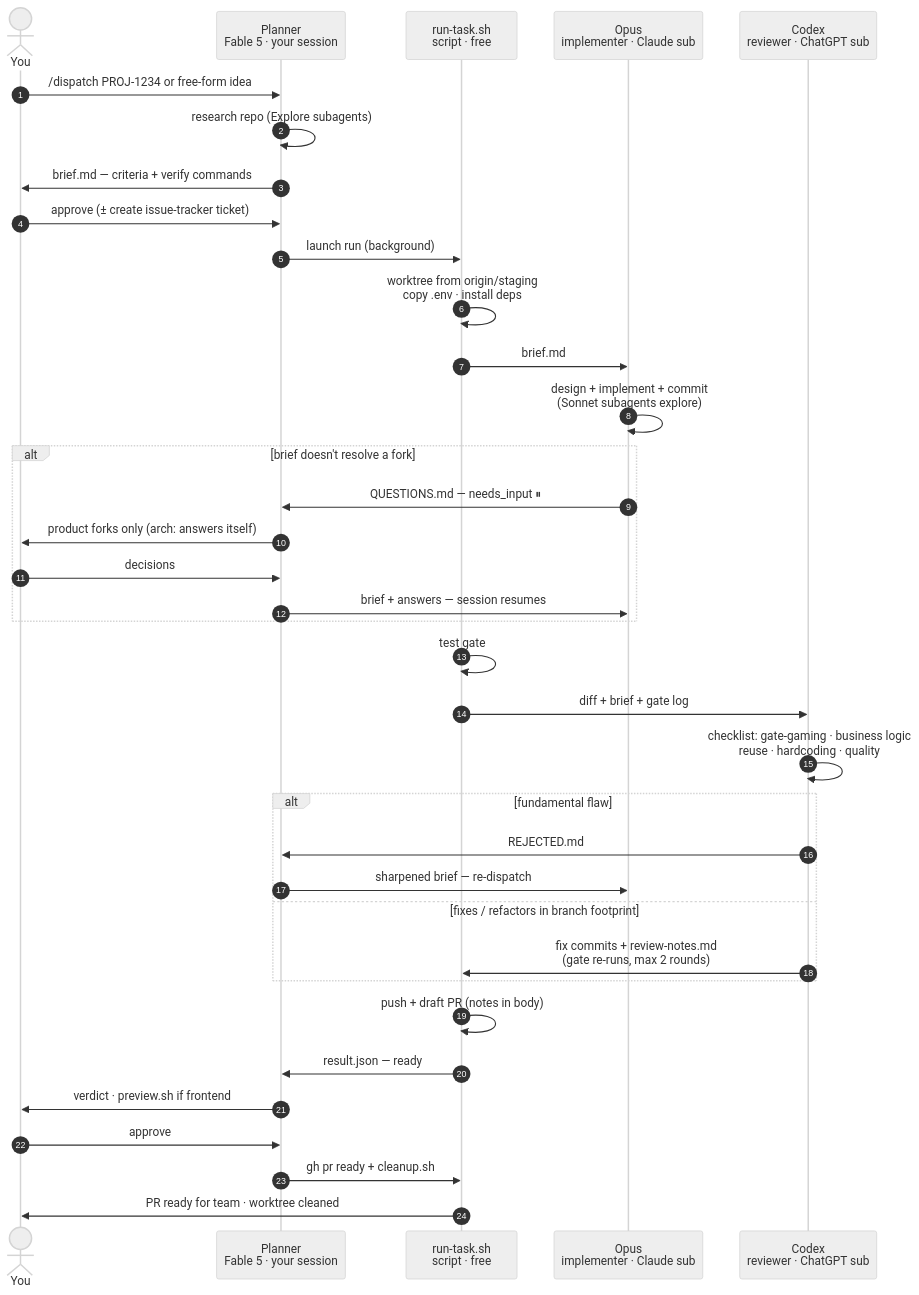
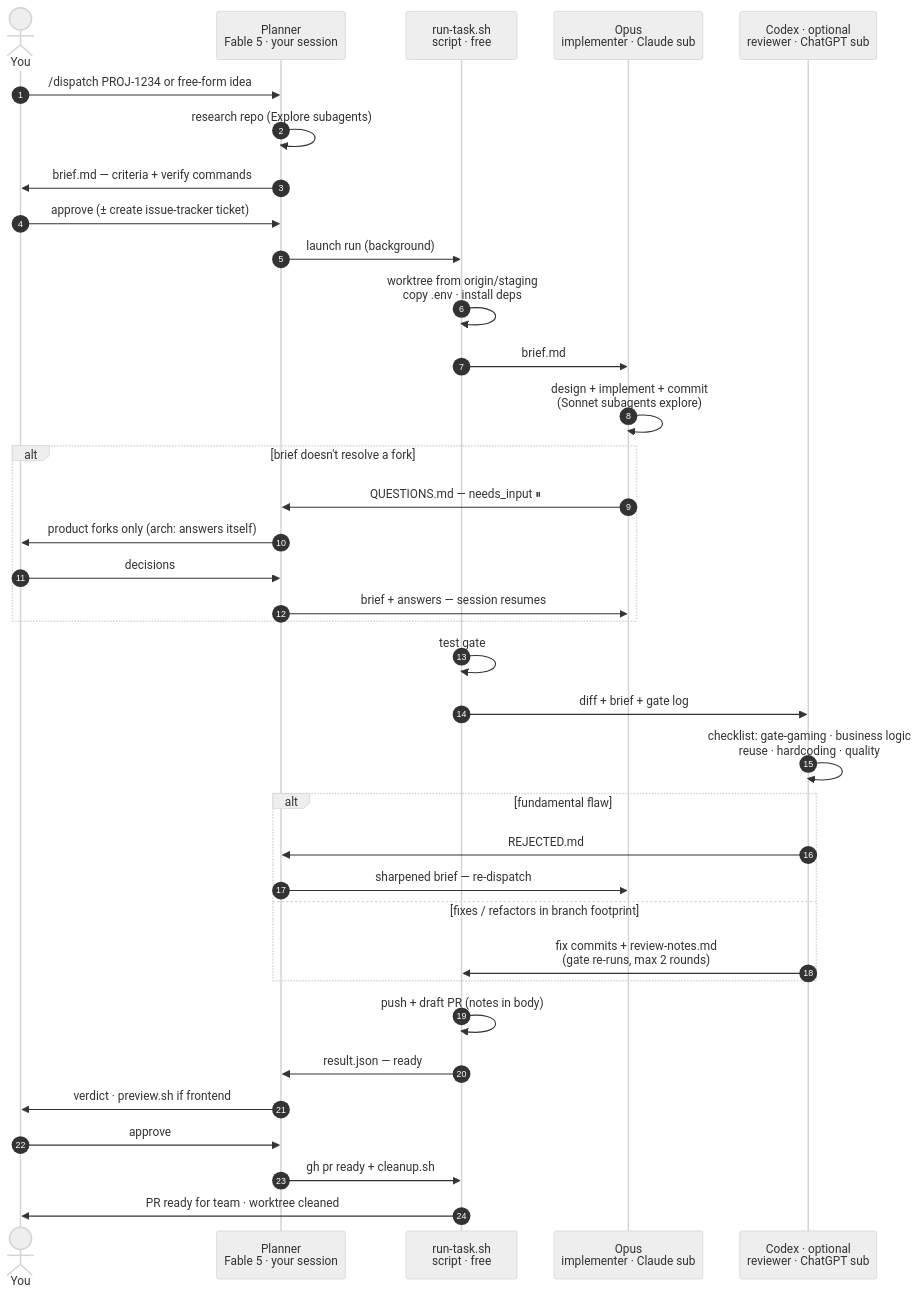
Before and after one commit to angelsole/dispatch-harness: the first of 2 diagrams in FLOW.md, drawn with Mermaid (neutral theme). The commit also changed other lines of this file and 2 other files, not shown here.

First line of the commit message:
docs: mark the Codex reviewer optional and document Claude-only mode

````diff
--- a/FLOW.md
+++ b/FLOW.md
@@ -10,43 +11,43 @@
 ```mermaid
 sequenceDiagram
     autonumber
     actor U as You
     participant F as Planner<br/>Fable 5 · your session
     participant S as run-task.sh<br/>script · free
     participant O as Opus<br/>implementer · Claude sub
-    participant C as Codex<br/>reviewer · ChatGPT sub
+    participant C as Codex · optional<br/>reviewer · ChatGPT sub
 
     U->>F: /dispatch PROJ-1234 or free-form idea
     F->>F: research repo (Explore subagents)
     F->>U: brief.md — criteria + verify commands
     U->>F: approve (± create issue-tracker ticket)
     F->>S: launch run (background)
     S->>S: worktree from origin/staging<br/>copy .env · install deps
     S->>O: brief.md
     O->>O: design + implement + commit<br/>(Sonnet subagents explore)
 
     alt brief doesn't resolve a fork
         O->>F: QUESTIONS.md — needs_input ⏸
         F->>U: product forks only (arch: answers itself)
         U->>F: decisions
         F->>O: brief + answers — session resumes
     end
 
     S->>S: test gate #1 (per-repo cmds)
     S->>C: diff + brief + gate log
     C->>C: checklist: gate-gaming · business logic<br/>reuse · hardcoding · quality
 
     alt fundamental flaw
         C->>F: REJECTED.md
         F->>O: sharpened brief — re-dispatch
     else fixes / refactors in branch footprint
         C->>S: fix commits + review-notes.md<br/>(gate re-runs, max 2 rounds)
     end
 
     S->>S: push + draft PR (notes in body)
     S->>F: result.json — ready
     F->>U: verdict · preview.sh if frontend
     U->>F: approve
     F->>S: gh pr ready + cleanup.sh
     S->>U: PR ready for team · worktree cleaned
 ```
````
